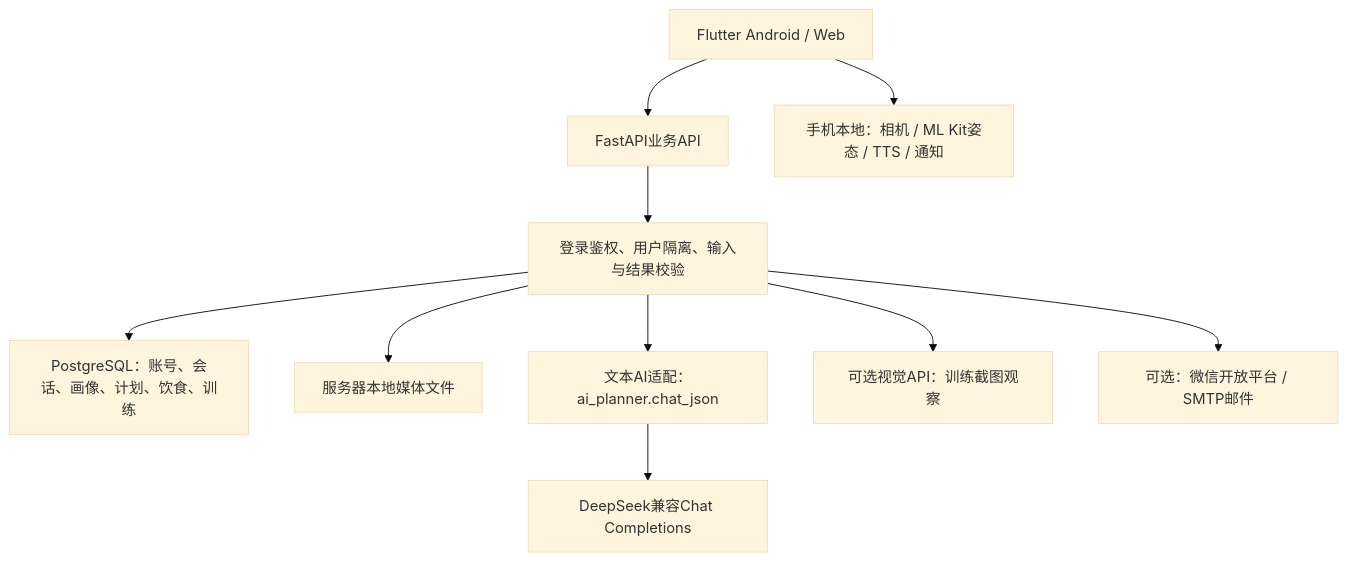
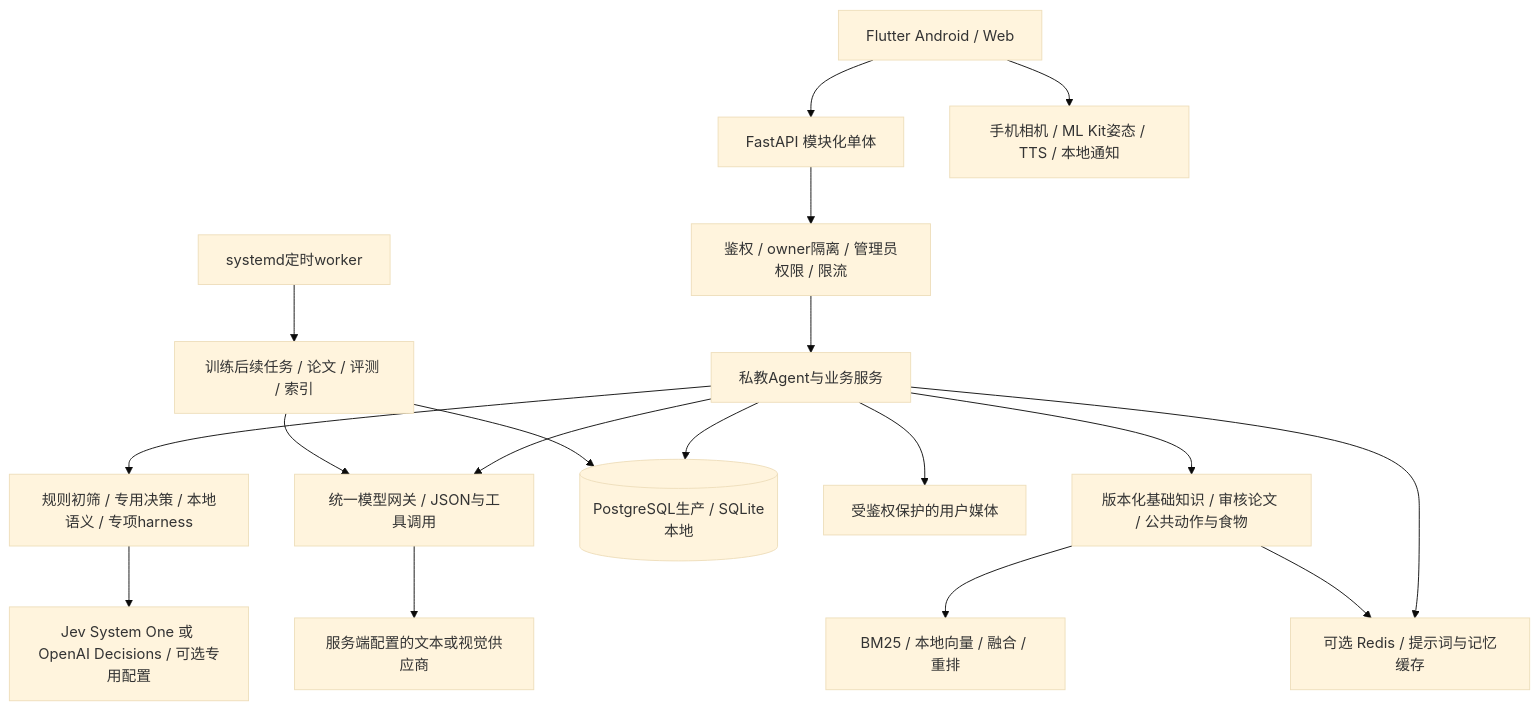
Before and after one commit to hudayu298-wq/ai-train: the first of 2 diagrams in docs/ARCHITECTURE_AND_AI.md, drawn with Mermaid (base theme). The commit also changed other lines of this file and 854 other files, not shown here.

````diff
--- a/docs/ARCHITECTURE_AND_AI.md
+++ b/docs/ARCHITECTURE_AND_AI.md
@@ -7,12 +9,20 @@
 ```mermaid
 flowchart TD
-    U[Flutter Android / Web] --> A[FastAPI业务API]
-    U --> L[手机本地：相机 / ML Kit姿态 / TTS / 通知]
-    A --> B[登录鉴权、用户隔离、输入与结果校验]
-    B --> P[PostgreSQL：账号、会话、画像、计划、饮食、训练]
-    B --> F[服务器本地媒体文件]
-    B --> C[文本AI适配：ai_planner.chat_json]
-    C --> D[DeepSeek兼容Chat Completions]
-    B --> V[可选视觉API：训练截图观察]
-    B --> W[可选：微信开放平台 / SMTP邮件]
+    F[Flutter Android / Web] --> API[FastAPI 模块化单体]
+    F --> PHONE[手机相机 / ML Kit姿态 / TTS / 本地通知]
+    API --> AUTH[鉴权 / owner隔离 / 管理员权限 / 限流]
+    AUTH --> AGENT[私教Agent与业务服务]
+    AGENT --> ROUTE[规则初筛 / 专用决策 / 本地语义 / 专项harness]
+    ROUTE --> DEC[Jev System One 或 OpenAI Decisions / 可选专用配置]
+    AGENT --> GW[统一模型网关 / JSON与工具调用]
+    GW --> MODEL[服务端配置的文本或视觉供应商]
+    AGENT --> DB[(PostgreSQL生产 / SQLite本地)]
+    AGENT --> FILES[受鉴权保护的用户媒体]
+    AGENT --> KB[版本化基础知识 / 审核论文 / 公共动作与食物]
+    KB --> RET[BM25 / 本地向量 / 融合 / 重排]
+    AGENT --> CACHE[可选 Redis / 提示词与记忆缓存]
+    KB --> CACHE
+    TIMER[systemd定时worker] --> JOB[训练后续任务 / 论文 / 评测 / 索引]
+    JOB --> DB
+    JOB --> GW
 ```
````
